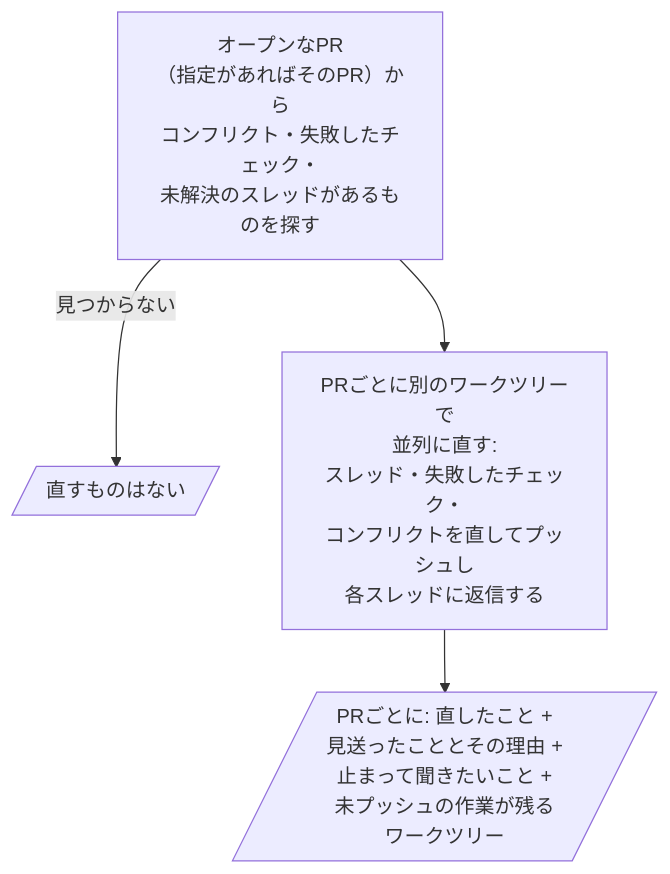
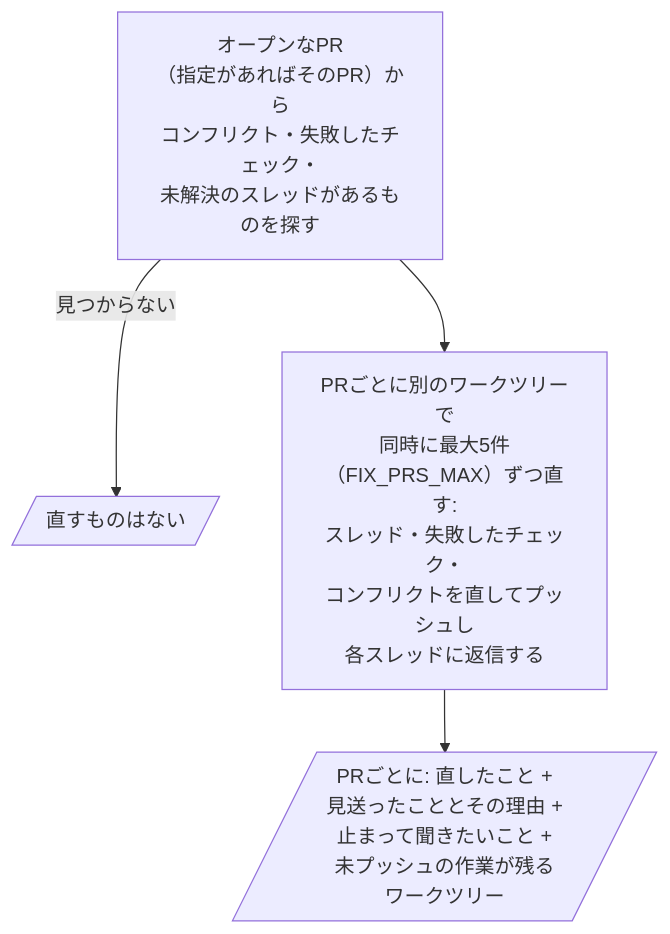
Before and after one commit to omni-stove/skill-kit: the diagram in shared/skills/fix-prs/README.ja.md, drawn with Mermaid. The commit also changed 66 other files, not shown here.

````diff
--- a/shared/skills/fix-prs/README.ja.md
+++ b/shared/skills/fix-prs/README.ja.md
@@ -3,7 +3,7 @@
 ```mermaid
 flowchart TD
   scan[オープンなPR<br/>（指定があればそのPR）から<br/>コンフリクト・失敗したチェック・<br/>未解決のスレッドがあるものを探す]
   scan -- "見つからない" --> none[/直すものはない/]
-  scan --> fix[PRごとに別のワークツリーで<br/>並列に直す:<br/>スレッド・失敗したチェック・<br/>コンフリクトを直してプッシュし<br/>各スレッドに返信する]
+  scan --> fix[PRごとに別のワークツリーで<br/>同時に最大5件（FIX_PRS_MAX）ずつ直す:<br/>スレッド・失敗したチェック・<br/>コンフリクトを直してプッシュし<br/>各スレッドに返信する]
   fix --> report[/"PRごとに: 直したこと +<br/>見送ったこととその理由 +<br/>止まって聞きたいこと +<br/>未プッシュの作業が残る<br/>ワークツリー"/]
 ```
````
